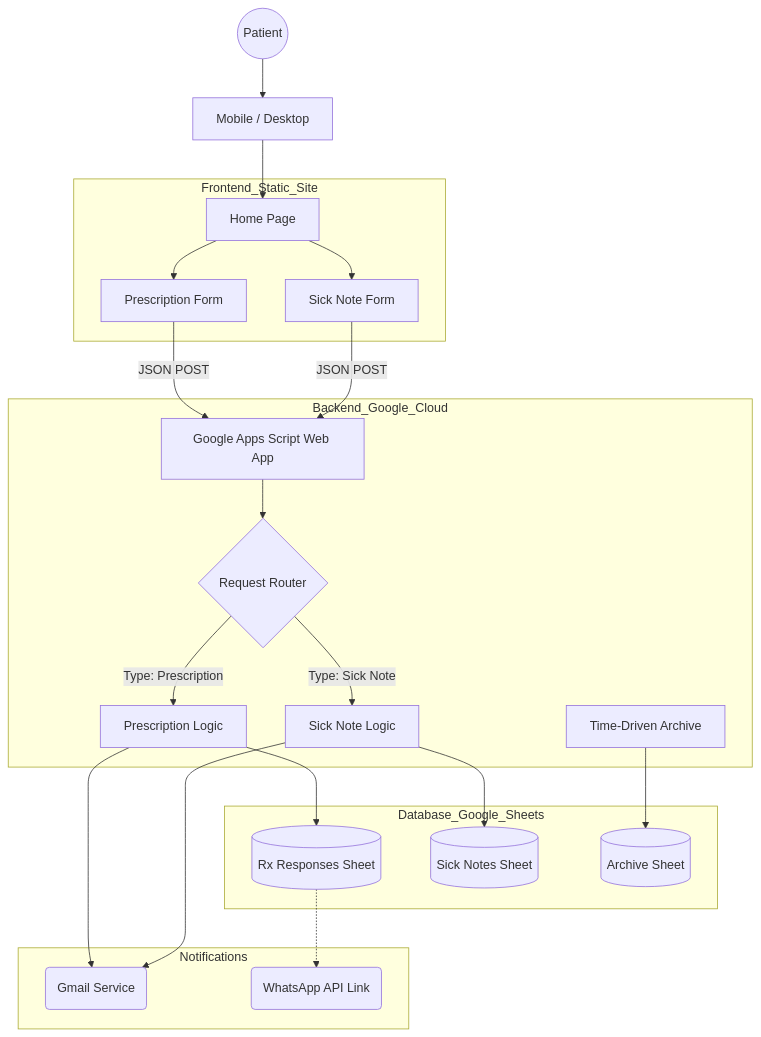
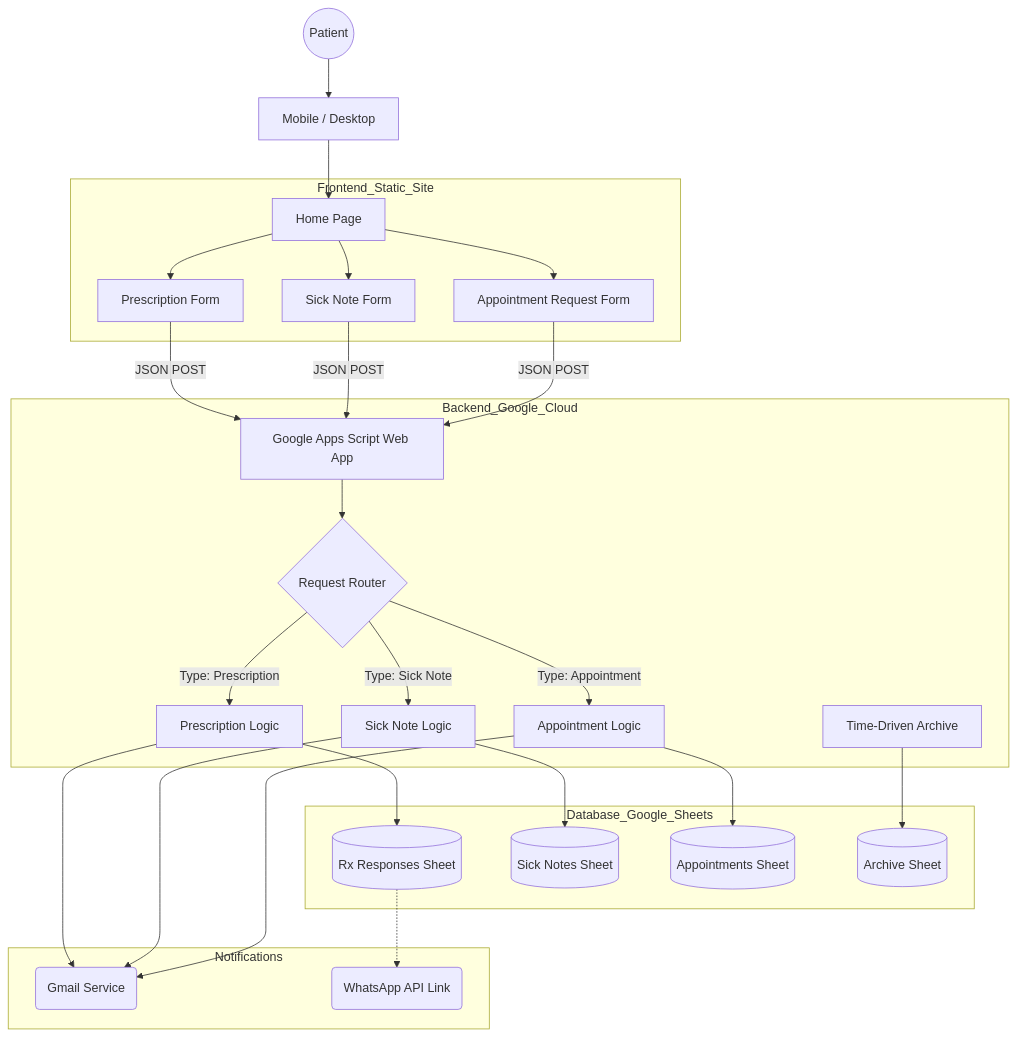
Before and after one commit to PaddyO84/GPSurgeryV1: the diagram in SALES_PROPOSAL.md, drawn with Mermaid. The commit also changed 16 other files, not shown here.

````diff
--- a/SALES_PROPOSAL.md
+++ b/SALES_PROPOSAL.md
@@ -54,51 +54,59 @@
 ```mermaid
 graph TD
     User((Patient))
     Device[Mobile / Desktop]
 
     subgraph Frontend_Static_Site
         Home[Home Page]
         RxForm[Prescription Form]
         SickForm[Sick Note Form]
+        ApptForm[Appointment Request Form]
     end
 
     subgraph Backend_Google_Cloud
         GAS[Google Apps Script Web App]
         Router{Request Router}
         RxLogic[Prescription Logic]
         SickLogic[Sick Note Logic]
+        ApptLogic[Appointment Logic]
         Trigger[Time-Driven Archive]
     end
 
     subgraph Database_Google_Sheets
         Sheet1[(Rx Responses Sheet)]
         Sheet2[(Sick Notes Sheet)]
+        Sheet3[(Appointments Sheet)]
         Archive[(Archive Sheet)]
     end
 
     subgraph Notifications
         Email(Gmail Service)
         WA(WhatsApp API Link)
     end
 
     User --> Device
     Device --> Home
     Home --> RxForm
     Home --> SickForm
+    Home --> ApptForm
 
     RxForm -- JSON POST --> GAS
     SickForm -- JSON POST --> GAS
+    ApptForm -- JSON POST --> GAS
 
     GAS --> Router
     Router -- "Type: Prescription" --> RxLogic
     Router -- "Type: Sick Note" --> SickLogic
+    Router -- "Type: Appointment" --> ApptLogic
 
     RxLogic --> Sheet1
     SickLogic --> Sheet2
+    ApptLogic --> Sheet3
 
     RxLogic --> Email
     SickLogic --> Email
+    ApptLogic --> Email
 
     Sheet1 -.-> WA
     Trigger --> Archive
 ```
````
